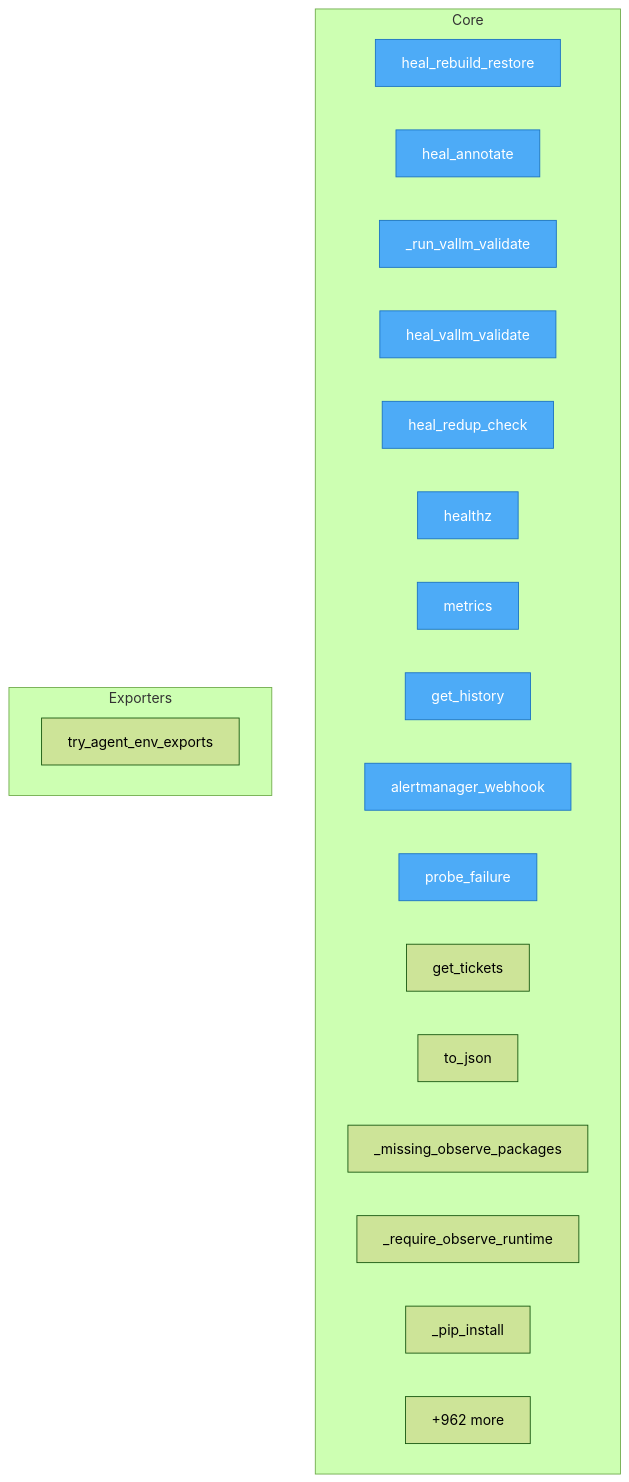
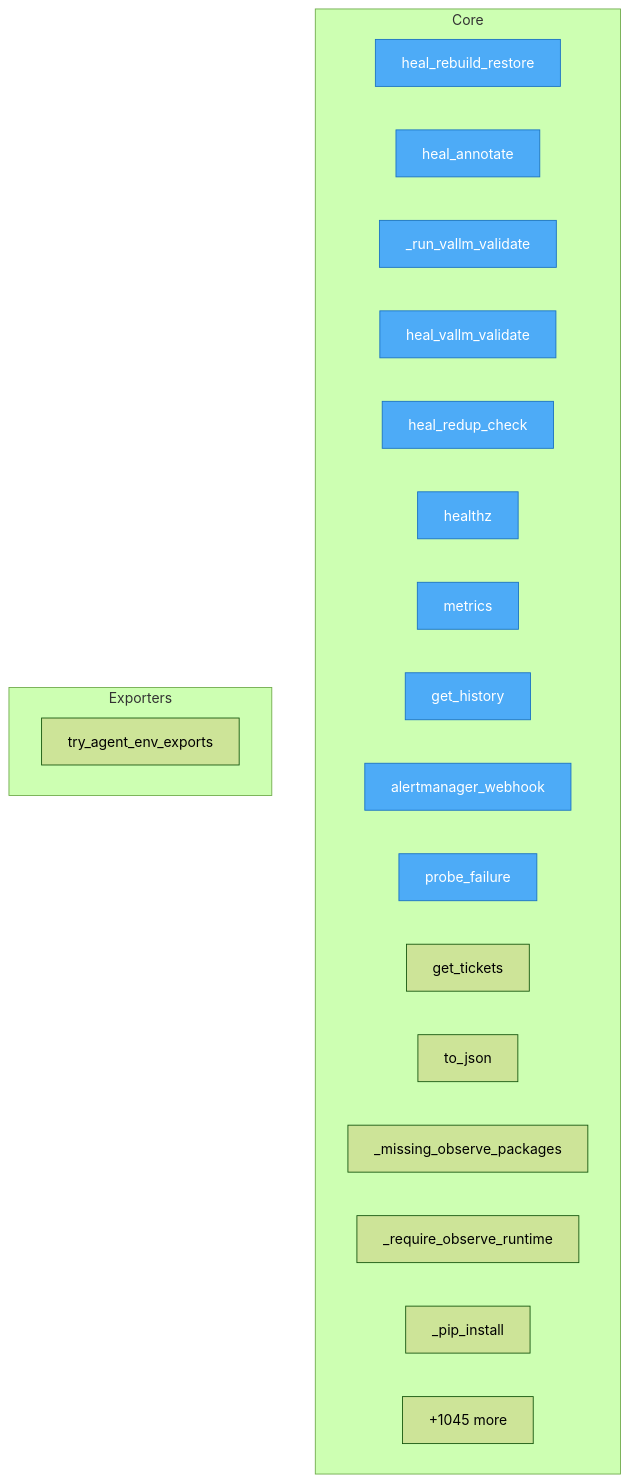
One commit to semcod/koru changed the diagram in project/flow.mmd. Above: the diagram before and after it, drawn with Mermaid (forest theme). The commit also changed 103 other files, not shown here.

```diff
--- a/project/flow.mmd
+++ b/project/flow.mmd
@@ -1,30 +1,30 @@
 flowchart TD
-%% generated in 0.09s
+%% generated in 0.14s
 
     %% Entry points (blue)
     classDef entry fill:#4dabf7,stroke:#1971c2,color:#fff
 
     subgraph Core
         services__healing_webhook__app__heal_rebuild_restore["heal_rebuild_restore"]
         services__healing_webhook__app__heal_annotate["heal_annotate"]
         services__healing_webhook__app___run_vallm_validate["_run_vallm_validate"]
         services__healing_webhook__app__heal_vallm_validate["heal_vallm_validate"]
         services__healing_webhook__app__heal_redup_check["heal_redup_check"]
         services__healing_webhook__app__healthz["healthz"]
         services__healing_webhook__app__metrics["metrics"]
         services__healing_webhook__app__get_history["get_history"]
         services__healing_webhook__app__alertmanager_webhook["alertmanager_webhook"]
         services__healing_webhook__app__probe_failure["probe_failure"]
         services__healing_webhook__app__get_tickets["get_tickets"]
         src__koruobserve__lifecycle__ObserveProcesses__to_json["to_json"]
         src__koruobserve__cli___missing_observe_packages["_missing_observe_packages"]
         src__koruobserve__cli___require_observe_runtime["_require_observe_runtime"]
         src__koruobserve__cli___pip_install["_pip_install"]
-        ...["+962 more"]
+        ...["+1045 more"]
     end
 
     subgraph Exporters
         src__koru__agent_cli_helpers__try_agent_env_exports["try_agent_env_exports"]
     end
 
     class services__healing_webhook__app__heal_rebuild_restore,services__healing_webhook__app__heal_annotate,services__healing_webhook__app___run_vallm_validate,services__healing_webhook__app__heal_vallm_validate,services__healing_webhook__app__heal_redup_check,services__healing_webhook__app__healthz,services__healing_webhook__app__metrics,services__healing_webhook__app__get_history,services__healing_webhook__app__alertmanager_webhook,services__healing_webhook__app__probe_failure entry
```
